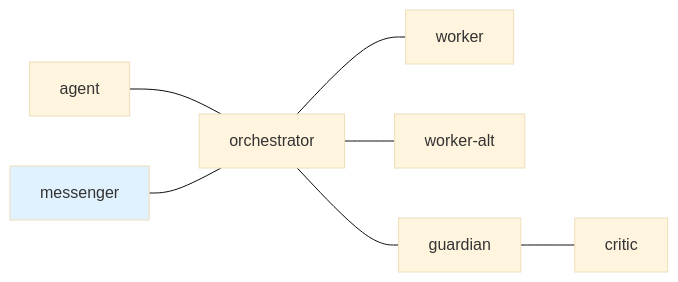
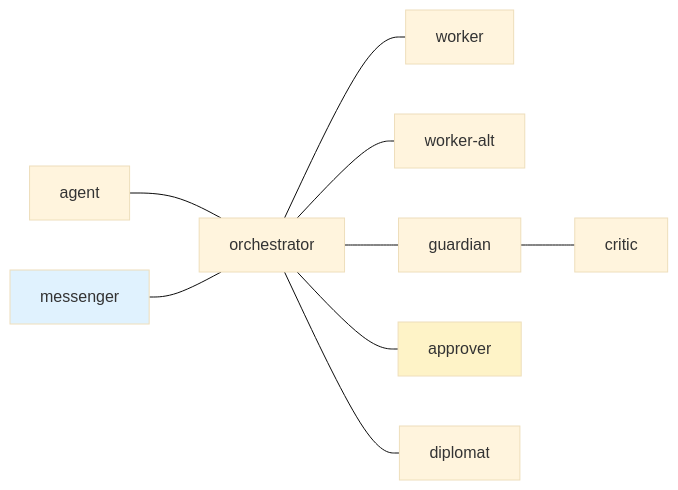
Before and after one commit to i9wa4/dotfiles: the diagram in config/tmux-a2a-postman/postman.md, drawn with Mermaid (base theme). The commit also changed other lines of this file and 4 other files, not shown here.

````diff
--- a/config/tmux-a2a-postman/postman.md
+++ b/config/tmux-a2a-postman/postman.md
@@ -15,11 +15,15 @@
 ```mermaid
 graph LR
     agent --- orchestrator
     messenger --- orchestrator
     orchestrator --- worker
     orchestrator --- worker-alt
     orchestrator --- guardian
+    orchestrator --- approver
+    orchestrator --- diplomat
     guardian --- critic
     class messenger ui_node
+    class approver command_approver_node
     classDef ui_node fill:#e0f2fe
+    classDef command_approver_node fill:#fef3c7
 ```
````
